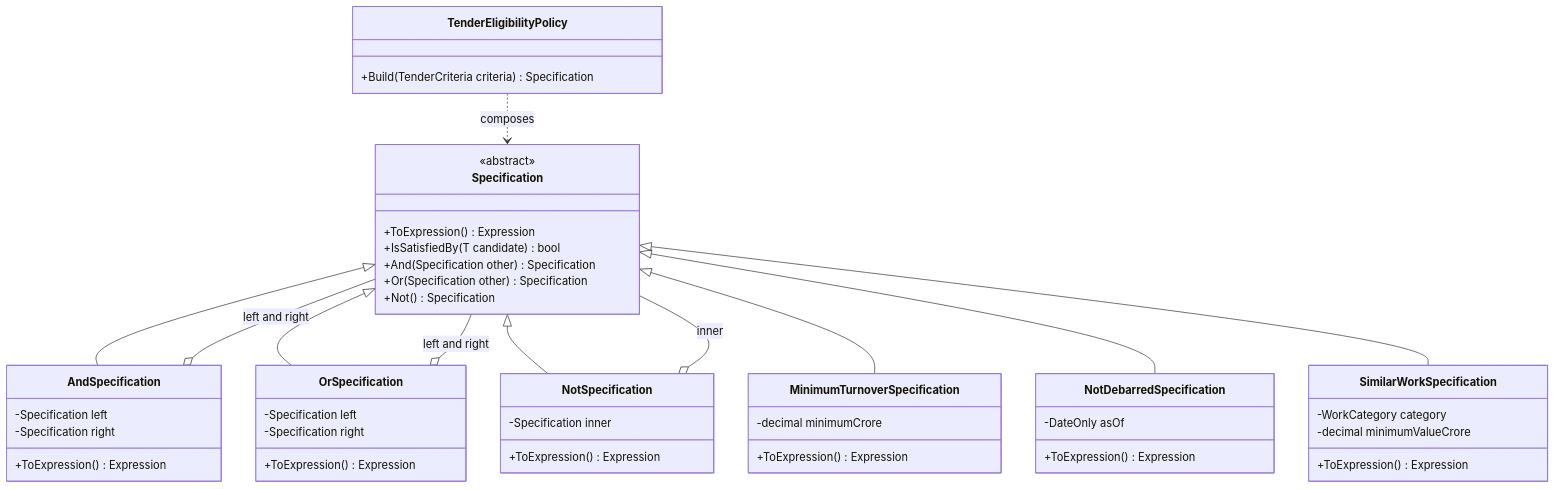
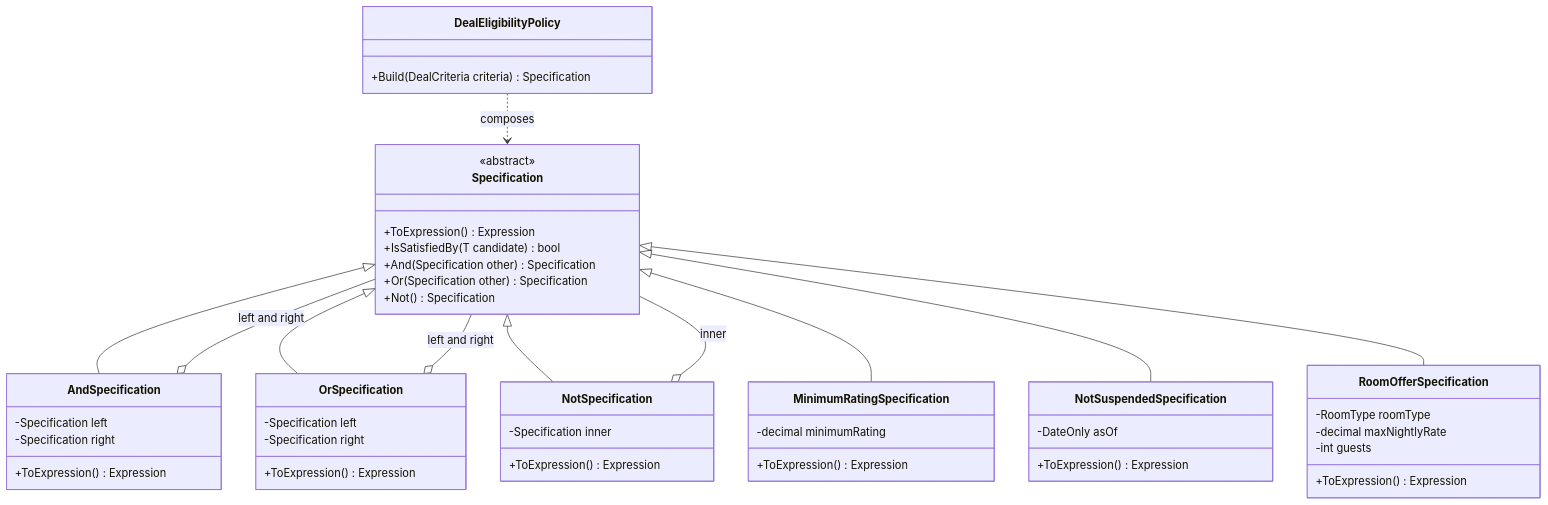
One commit to rizwi0786/system-design-lab changed the first of 3 diagrams in content/lessons/m06/m06-specification.md. Above: the diagram before and after it, drawn with Mermaid. The commit also changed other lines of this file and 334 other files, not shown here.

````diff
--- a/content/lessons/m06/m06-specification.md
+++ b/content/lessons/m06/m06-specification.md
@@ -133,51 +132,52 @@
 ```mermaid
 classDiagram
     class Specification {
         <<abstract>>
         +ToExpression() Expression
         +IsSatisfiedBy(T candidate) bool
         +And(Specification other) Specification
         +Or(Specification other) Specification
         +Not() Specification
     }
     class AndSpecification {
         -Specification left
         -Specification right
         +ToExpression() Expression
     }
     class OrSpecification {
         -Specification left
         -Specification right
         +ToExpression() Expression
     }
     class NotSpecification {
         -Specification inner
         +ToExpression() Expression
     }
-    class MinimumTurnoverSpecification {
-        -decimal minimumCrore
+    class MinimumRatingSpecification {
+        -decimal minimumRating
         +ToExpression() Expression
     }
-    class NotDebarredSpecification {
+    class NotSuspendedSpecification {
         -DateOnly asOf
         +ToExpression() Expression
     }
-    class SimilarWorkSpecification {
-        -WorkCategory category
-        -decimal minimumValueCrore
+    class RoomOfferSpecification {
+        -RoomType roomType
+        -decimal maxNightlyRate
+        -int guests
         +ToExpression() Expression
     }
-    class TenderEligibilityPolicy {
-        +Build(TenderCriteria criteria) Specification
+    class DealEligibilityPolicy {
+        +Build(DealCriteria criteria) Specification
     }
     Specification <|-- AndSpecification
     Specification <|-- OrSpecification
     Specification <|-- NotSpecification
-    Specification <|-- MinimumTurnoverSpecification
-    Specification <|-- NotDebarredSpecification
-    Specification <|-- SimilarWorkSpecification
+    Specification <|-- MinimumRatingSpecification
+    Specification <|-- NotSuspendedSpecification
+    Specification <|-- RoomOfferSpecification
     AndSpecification o-- Specification : left and right
     OrSpecification o-- Specification : left and right
     NotSpecification o-- Specification : inner
-    TenderEligibilityPolicy ..> Specification : composes
+    DealEligibilityPolicy ..> Specification : composes
 ```
````
